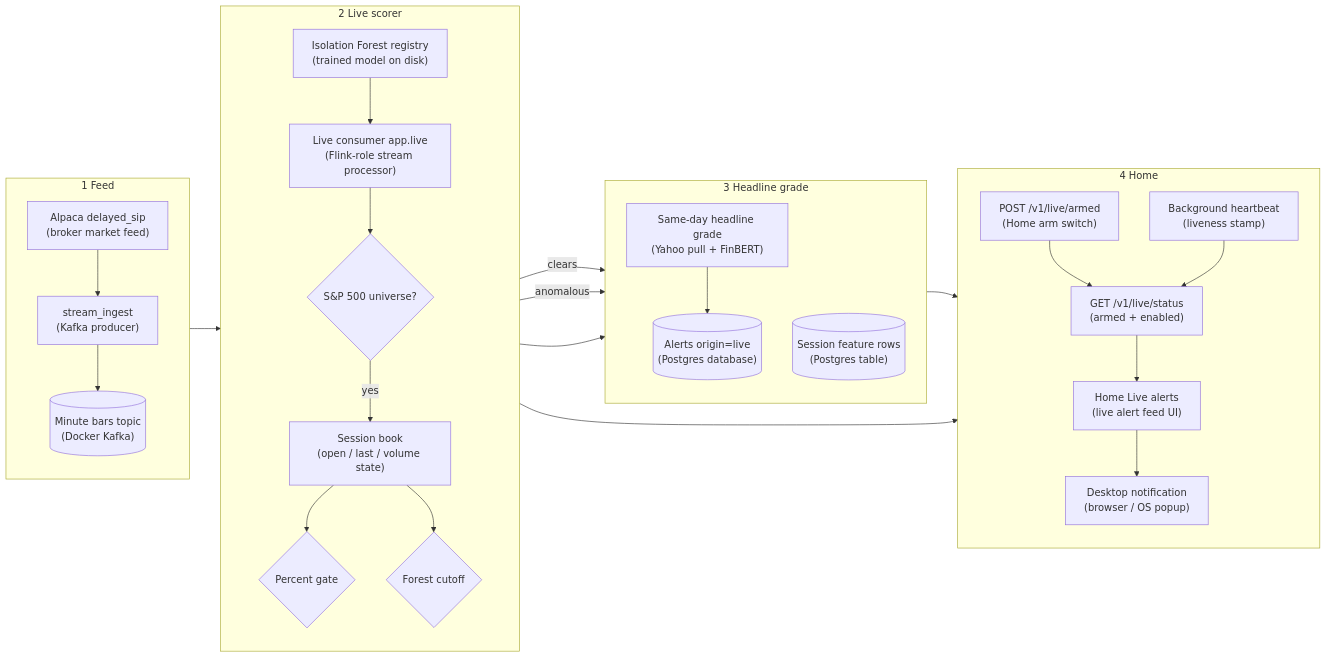
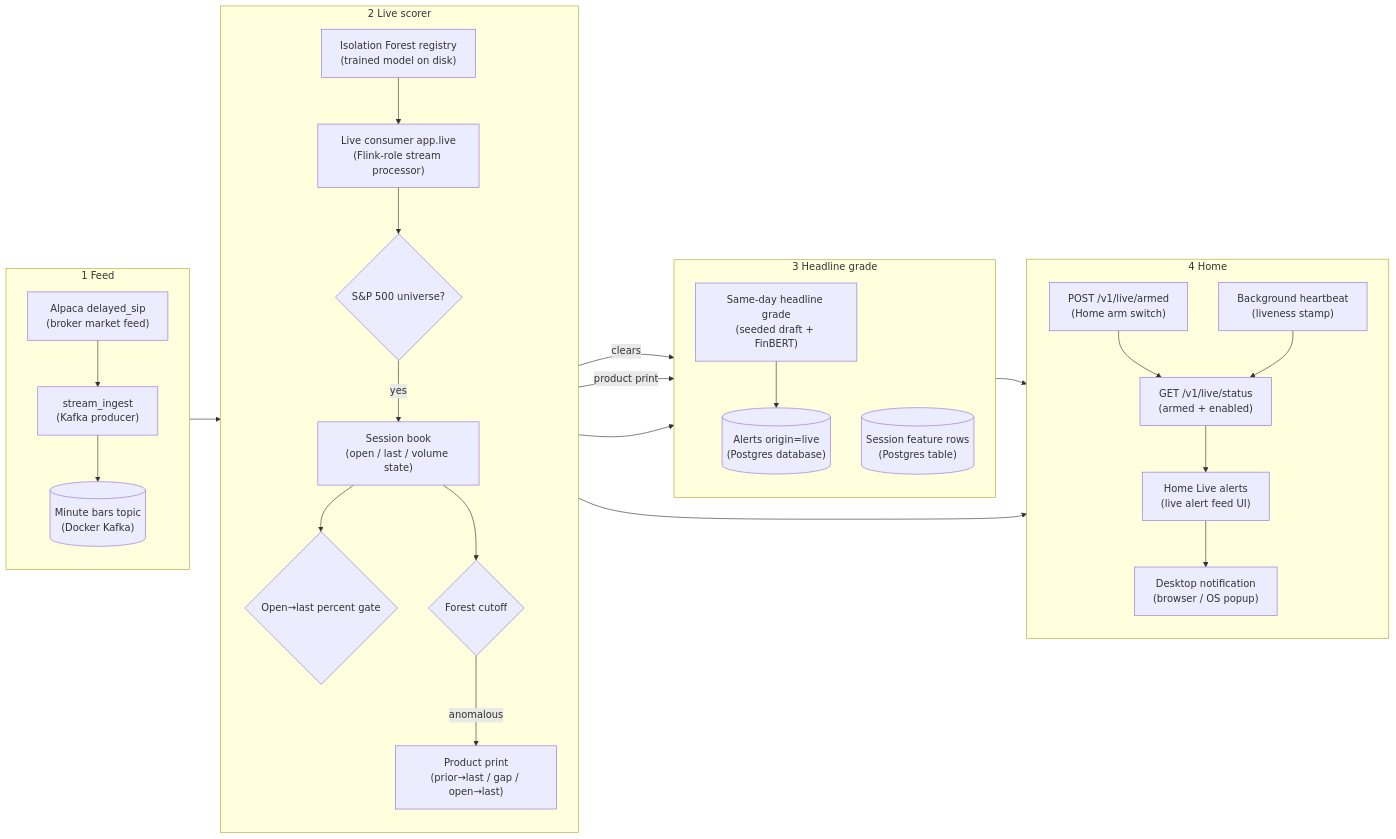
One commit to sameerde4/ticker-alert-system changed the fifth of 12 diagrams in docs/architecture.md. Above: the diagram before and after it, drawn with Mermaid. The commit also changed other lines of this file and 2 other files, not shown here.

First line of the commit message:
Document forest gap product prints and under-floor rules.

````diff
--- a/docs/architecture.md
+++ b/docs/architecture.md
@@ -362,36 +364,37 @@
 ```mermaid
 flowchart LR
     subgraph feed [1 Feed]
         direction TB
         ALP["Alpaca delayed_sip<br/>(broker market feed)"] --> PROD["stream_ingest<br/>(Kafka producer)"]
         PROD --> TOPIC[("Minute bars topic<br/>(Docker Kafka)")]
     end
 
     subgraph score [2 Live scorer]
         direction TB
         TOPIC --> LIVE["Live consumer app.live<br/>(Flink-role stream processor)"]
         LIVE --> UNI{S&P 500 universe?}
         REG["Isolation Forest registry<br/>(trained model on disk)"] --> LIVE
         UNI -->|yes| BOOK["Session book<br/>(open / last / volume state)"]
-        BOOK --> RULE2{Percent gate}
+        BOOK --> RULE2{Open→last percent gate}
         BOOK --> FOREST{Forest cutoff}
+        FOREST -->|anomalous| PRINT["Product print<br/>(prior→last / gap / open→last)"]
     end
 
     subgraph join [3 Headline grade]
         direction TB
-        RULE2 -->|clears| NEWSU["Same-day headline grade<br/>(Yahoo pull + FinBERT)"]
-        FOREST -->|anomalous| NEWSU
+        RULE2 -->|clears| NEWSU["Same-day headline grade<br/>(seeded draft + FinBERT)"]
+        PRINT -->|product print| NEWSU
         NEWSU --> PG[("Alerts origin=live<br/>(Postgres database)")]
         FOREST --> FEAT[("Session feature rows<br/>(Postgres table)")]
     end
 
     subgraph ui [4 Home]
         direction TB
         LIVE --> BEAT["Background heartbeat<br/>(liveness stamp)"]
         ARM["POST /v1/live/armed<br/>(Home arm switch)"] --> API["GET /v1/live/status<br/>(armed + enabled)"]
         BEAT --> API
         PG --> UI2["Home Live alerts<br/>(live alert feed UI)"]
         API --> UI2
         UI2 --> NOTE2["Desktop notification<br/>(browser / OS popup)"]
     end
 ```
````
